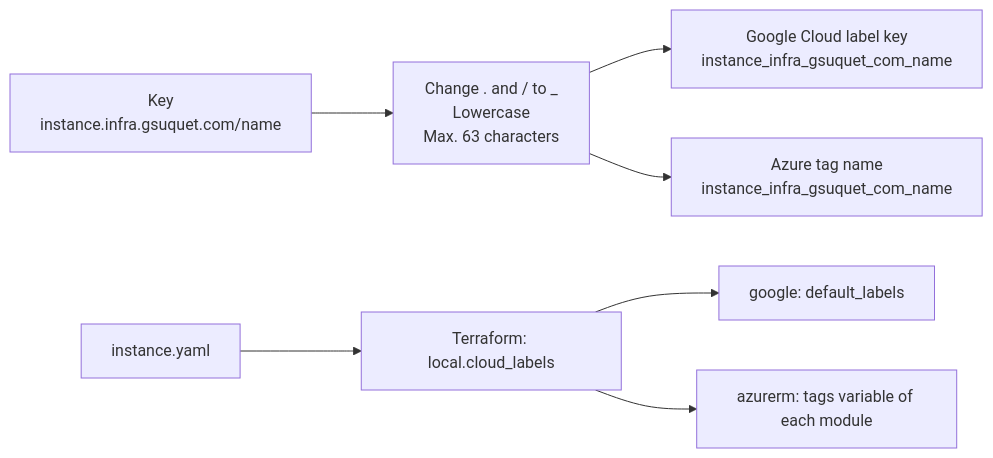
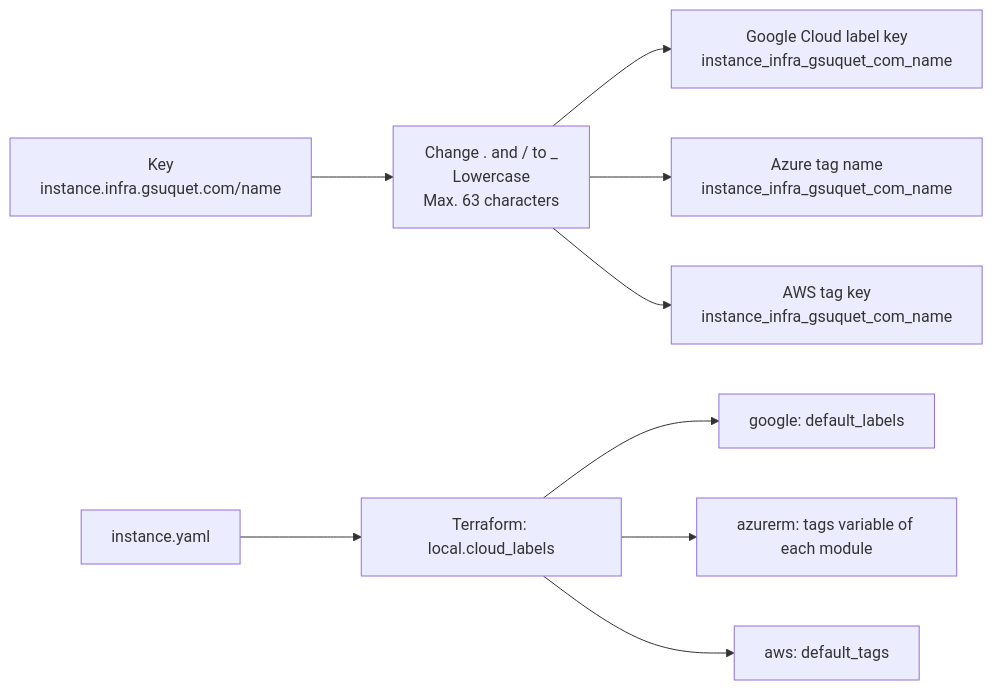
Before and after one commit to gsuquet/homelab: the second of 2 diagrams in docs/records/rfcs/0004-labels-and-annotations.md, drawn with Mermaid. The commit also changed other lines of this file, not shown here.

First line of the commit message:
docs(records): add AWS tags and apply review round 8 to RFC 0004

````diff
--- a/docs/records/rfcs/0004-labels-and-annotations.md
+++ b/docs/records/rfcs/0004-labels-and-annotations.md
@@ -294,9 +297,11 @@
 ```mermaid
 flowchart LR
     k8s["Key<br/>instance.infra.gsuquet.com/name"] --> rule["Change . and / to _<br/>Lowercase<br/>Max. 63 characters"]
     rule --> gcp["Google Cloud label key<br/>instance_infra_gsuquet_com_name"]
     rule --> az["Azure tag name<br/>instance_infra_gsuquet_com_name"]
+    rule --> aws["AWS tag key<br/>instance_infra_gsuquet_com_name"]
     yaml["instance.yaml"] --> tf["Terraform: local.cloud_labels"]
     tf --> gdl["google: default_labels"]
     tf --> azt["azurerm: tags variable of each module"]
+    tf --> awst["aws: default_tags"]
 ```
````
